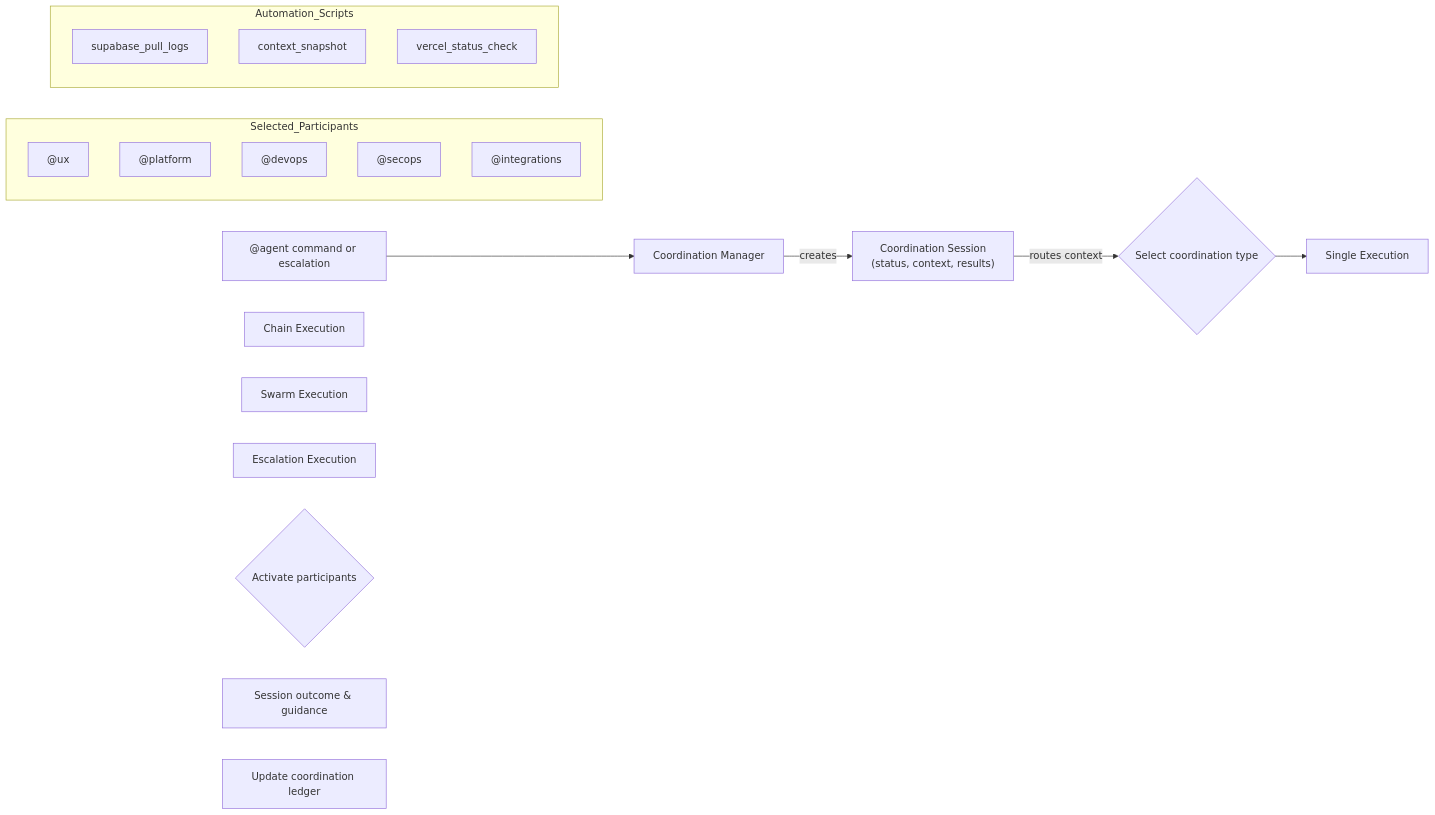
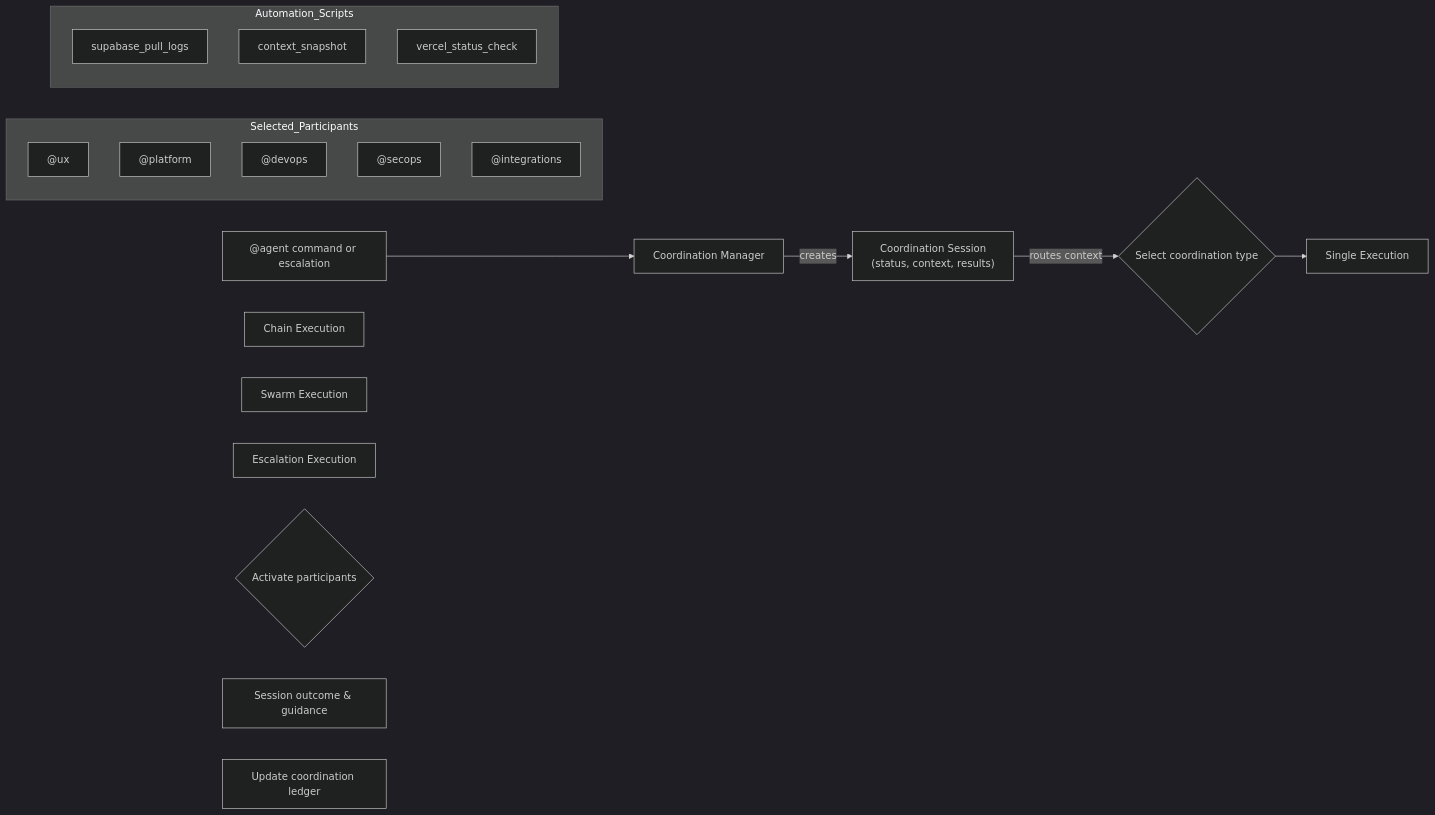
The diagram in docs/tooling/end-state/participant-coordination-flow.mmd (Alextorelli/ProspectPro), drawn with Mermaid before and after one commit. The commit also changed 3 other files, not shown here.

Commit message:
chore: update generation timestamp in CODEBASE_INDEX.md; standardize theme initialization in diagram files

```diff
--- a/docs/tooling/end-state/participant-coordination-flow.mmd
+++ b/docs/tooling/end-state/participant-coordination-flow.mmd
@@ -1,33 +1,33 @@
-%%{init: {theme: 'dark'}}%%
+%%{init: {'theme': 'dark'}}%%
 flowchart LR
     AgentRequest["@agent command or escalation"]
     CoordinationManager["Coordination Manager"]
     CoordinationSession["Coordination Session\n(status, context, results)"]
     TypeRouter{"Select coordination type"}
     SingleExec["Single Execution"]
     ChainExec["Chain Execution"]
     SwarmExec["Swarm Execution"]
     EscalationExec["Escalation Execution"]
     ParticipantSelector{"Activate participants"}
 
     subgraph Selected_Participants
         UX["@ux"]
         Platform["@platform"]
         DevOps["@devops"]
         SecOps["@secops"]
         Integrations["@integrations"]
     end
 
     subgraph Automation_Scripts
         SupabasePull["supabase_pull_logs"]
         ContextSnapshot["context_snapshot"]
         VercelStatus["vercel_status_check"]
     end
 
     SessionOutcome["Session outcome & guidance"]
     FeedbackLoop["Update coordination ledger"]
 
     AgentRequest --> CoordinationManager
     CoordinationManager -->|creates| CoordinationSession
     CoordinationSession -->|routes context| TypeRouter
     TypeRouter --> SingleExec
```
